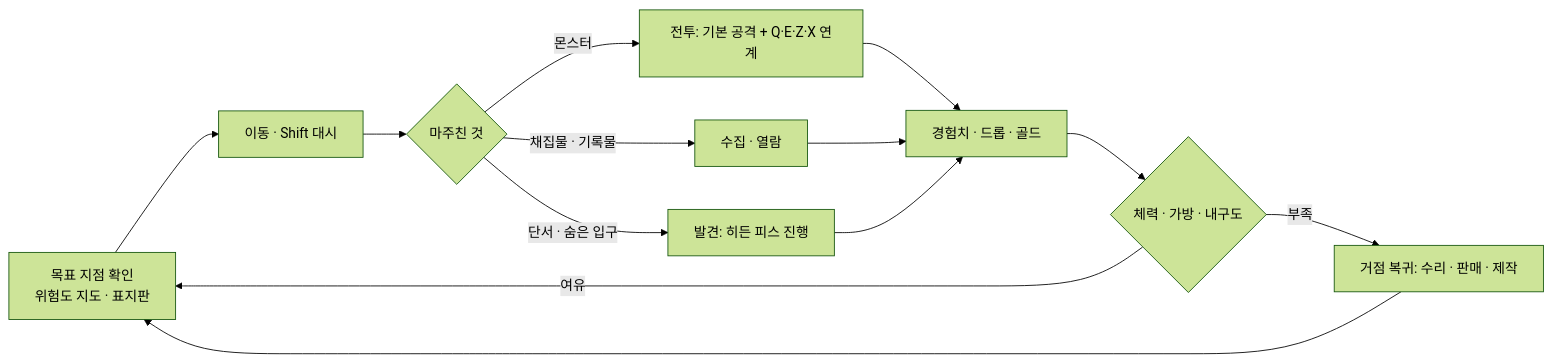
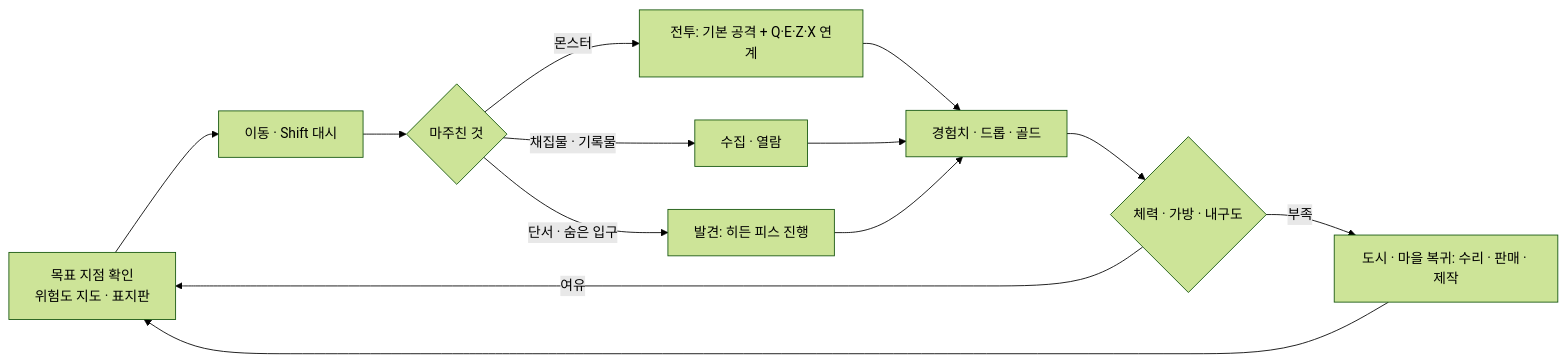
The first of 5 diagrams in design/02_concept.md (Armgimozi/nai-cg-maker), drawn with Mermaid (forest theme) before and after one commit. The commit also changed other lines of this file and 8 other files, not shown here.

````diff
--- a/design/02_concept.md
+++ b/design/02_concept.md
@@ -83,15 +83,15 @@
 ```mermaid
 flowchart LR
     A[목표 지점 확인<br/>위험도 지도 · 표지판] --> B[이동 · Shift 대시]
     B --> C{마주친 것}
     C -->|몬스터| D[전투: 기본 공격 + Q·E·Z·X 연계]
     C -->|채집물 · 기록물| E[수집 · 열람]
     C -->|단서 · 숨은 입구| F[발견: 히든 피스 진행]
     D --> G[경험치 · 드롭 · 골드]
     E --> G
     F --> G
     G --> H{체력 · 가방 · 내구도}
     H -->|여유| A
-    H -->|부족| I[거점 복귀: 수리 · 판매 · 제작]
+    H -->|부족| I[도시 · 마을 복귀: 수리 · 판매 · 제작]
     I --> A
 ```
````
